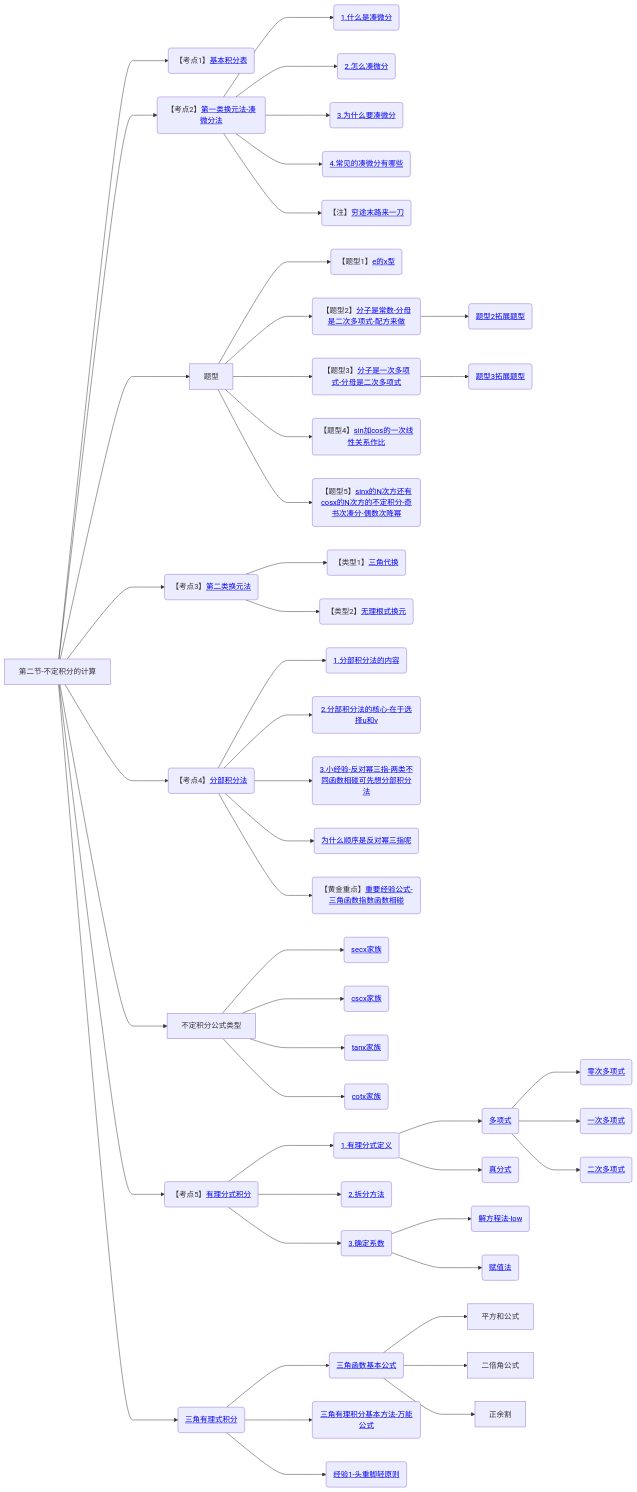
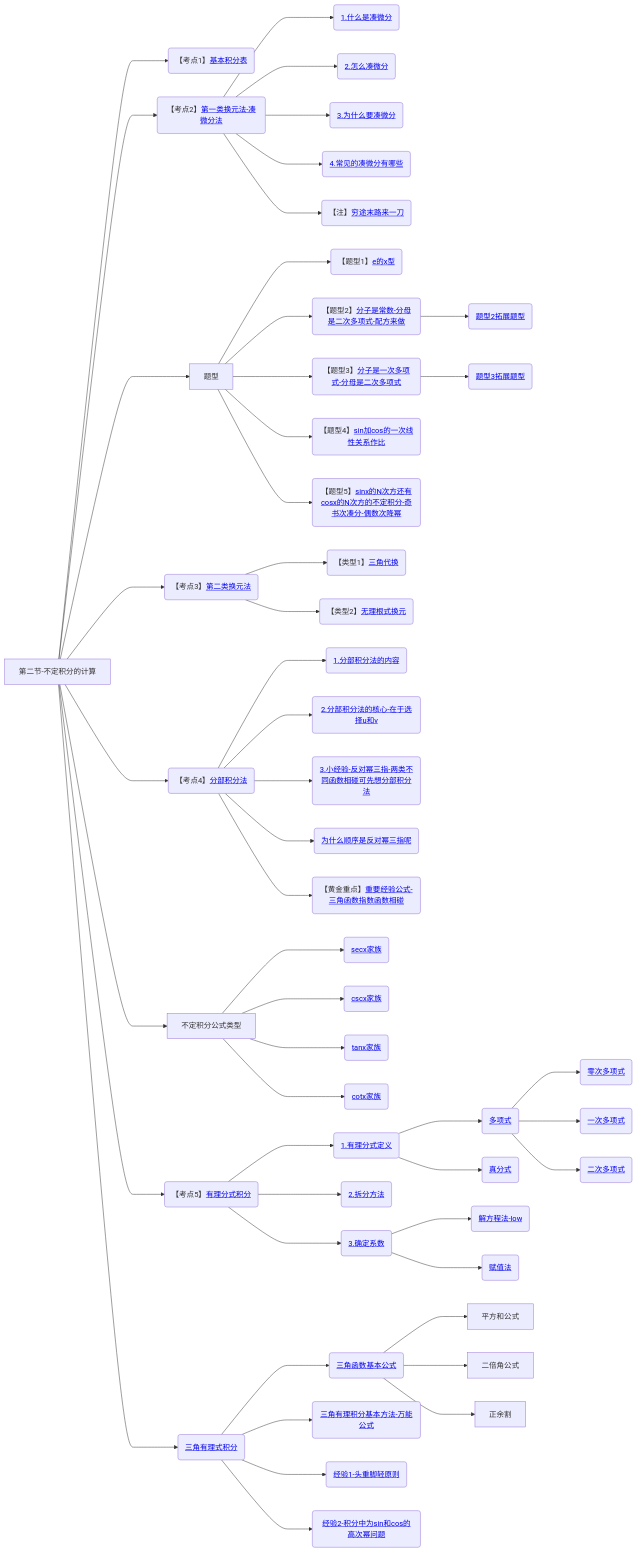
Before and after one commit to yuebinghui/note: diagram 18 of 18 in 笔记/数学/周洋鑫/01.基础班思维导图.md, drawn with Mermaid. The commit also changed 8 other files, not shown here.

````diff
--- a/笔记/数学/周洋鑫/01.基础班思维导图.md
+++ b/笔记/数学/周洋鑫/01.基础班思维导图.md
@@ -625,59 +625,60 @@
 ```mermaid
 graph LR
 第二节-不定积分的计算
 
 第二节-不定积分的计算--->基本积分表(【考点1】<a href="/Users/yuebinghui/Documents/program/github/note/笔记/数学/周洋鑫/基础班/18.不定积分_1.md#基本积分表">基本积分表</>)
 
 第二节-不定积分的计算--->第一类换元法-凑微分法(【考点2】<a href="/Users/yuebinghui/Documents/program/github/note/笔记/数学/周洋鑫/基础班/18.不定积分_1.md#第一类换元法-凑微分法">第一类换元法-凑微分法</>)
 第一类换元法-凑微分法--->1.什么是凑微分(<a href="/Users/yuebinghui/Documents/program/github/note/笔记/数学/周洋鑫/基础班/18.不定积分_1.md#1.什么是凑微分">1.什么是凑微分</>)
 第一类换元法-凑微分法--->2.怎么凑微分(<a href="/Users/yuebinghui/Documents/program/github/note/笔记/数学/周洋鑫/基础班/18.不定积分_1.md#2.怎么凑微分">2.怎么凑微分</>)
 第一类换元法-凑微分法--->3.为什么要凑微分(<a href="/Users/yuebinghui/Documents/program/github/note/笔记/数学/周洋鑫/基础班/18.不定积分_1.md#3.为什么要凑微分">3.为什么要凑微分</>)
 第一类换元法-凑微分法--->4.常见的凑微分有哪些(<a href="/Users/yuebinghui/Documents/program/github/note/笔记/数学/周洋鑫/基础班/18.不定积分_1.md#4.常见的凑微分有哪些">4.常见的凑微分有哪些</>)
 第一类换元法-凑微分法--->穷途末路来一刀(【注】<a href="/Users/yuebinghui/Documents/program/github/note/笔记/数学/周洋鑫/基础班/18.不定积分_1.md#穷途末路来一刀">穷途末路来一刀</>)
 
 第二节-不定积分的计算--->题型
 题型--->e的x型(【题型1】<a href="/Users/yuebinghui/Documents/program/github/note/笔记/数学/周洋鑫/基础班/18.不定积分_1.md#e的x型">e的x型</>)
 题型--->分子是常数-分母是二次多项式-配方来做(【题型2】<a href="/Users/yuebinghui/Documents/program/github/note/笔记/数学/周洋鑫/基础班/19.不定积分_2.md#分子是常数-分母是二次多项式-配方来做">分子是常数-分母是二次多项式-配方来做</>)
 分子是常数-分母是二次多项式-配方来做--->题型2拓展题型(<a href="/Users/yuebinghui/Documents/program/github/note/笔记/数学/周洋鑫/基础班/19.不定积分_2.md#题型2拓展题型">题型2拓展题型</>)
 题型--->分子是一次多项式-分母是二次多项式(【题型3】<a href="/Users/yuebinghui/Documents/program/github/note/笔记/数学/周洋鑫/基础班/19.不定积分_2.md#分子是一次多项式-分母是二次多项式">分子是一次多项式-分母是二次多项式</>)
 分子是一次多项式-分母是二次多项式--->题型3拓展题型(<a href="/Users/yuebinghui/Documents/program/github/note/笔记/数学/周洋鑫/基础班/19.不定积分_2.md#题型3拓展题型">题型3拓展题型</>)
 题型--->sin加cos的一次线性关系作比(【题型4】<a href="/Users/yuebinghui/Documents/program/github/note/笔记/数学/周洋鑫/基础班/19.不定积分_2.md#sin加cos的一次线性关系作比">sin加cos的一次线性关系作比</>)
 题型--->sinx的N次方还有cosx的N次方的不定积分-奇书次凑分-偶数次降幂(【题型5】<a href="/Users/yuebinghui/Documents/program/github/note/笔记/数学/周洋鑫/基础班/19.不定积分_2.md#sinx的N次方还有cosx的N次方的不定积分-奇书次凑分-偶数次降幂">sinx的N次方还有cosx的N次方的不定积分-奇书次凑分-偶数次降幂</>)
 
 第二节-不定积分的计算--->第二类换元法(【考点3】<a href="/Users/yuebinghui/Documents/program/github/note/笔记/数学/周洋鑫/基础班/19.不定积分_2.md#第二类换元法">第二类换元法</>)
 第二类换元法--->三角代换(【类型1】<a href="/Users/yuebinghui/Documents/program/github/note/笔记/数学/周洋鑫/基础班/19.不定积分_2.md#三角代换">三角代换</>)
 第二类换元法--->无理根式换元(【类型2】<a href="/Users/yuebinghui/Documents/program/github/note/笔记/数学/周洋鑫/基础班/19.不定积分_2.md#无理根式换元">无理根式换元</>)
 
 第二节-不定积分的计算--->分部积分法(【考点4】<a href="/Users/yuebinghui/Documents/program/github/note/笔记/数学/周洋鑫/基础班/19.不定积分_2.md#分部积分法">分部积分法</>)
 分部积分法--->1.分部积分法的内容(<a href="/Users/yuebinghui/Documents/program/github/note/笔记/数学/周洋鑫/基础班/19.不定积分_2.md#1.分部积分法的内容">1.分部积分法的内容</>)
 分部积分法--->2.分部积分法的核心-在于选择u和v(<a href="/Users/yuebinghui/Documents/program/github/note/笔记/数学/周洋鑫/基础班/19.不定积分_2.md#2.分部积分法的核心-在于选择u和v">2.分部积分法的核心-在于选择u和v</>)
 分部积分法--->3.小经验-反对幂三指-两类不同函数相碰可先想分部积分法(<a href="/Users/yuebinghui/Documents/program/github/note/笔记/数学/周洋鑫/基础班/19.不定积分_2.md#3.小经验-反对幂三指-两类不同函数相碰可先想分部积分法">3.小经验-反对幂三指-两类不同函数相碰可先想分部积分法</>)
 分部积分法--->为什么顺序是反对幂三指呢(<a href="/Users/yuebinghui/Documents/program/github/note/笔记/数学/周洋鑫/基础班/19.不定积分_2.md#为什么顺序是反对幂三指呢">为什么顺序是反对幂三指呢</>)
 分部积分法--->重要经验公式-三角函数指数函数相碰(【黄金重点】<a href="/Users/yuebinghui/Documents/program/github/note/笔记/数学/周洋鑫/基础班/19.不定积分_2.md#重要经验公式-三角函数指数函数相碰">重要经验公式-三角函数指数函数相碰</>)
 
 第二节-不定积分的计算--->不定积分公式类型
 不定积分公式类型--->secx家族(<a href="/Users/yuebinghui/Documents/program/github/note/笔记/数学/周洋鑫/基础班/20.不定积分_3.md#secx家族">secx家族</>)
 不定积分公式类型--->cscx家族(<a href="/Users/yuebinghui/Documents/program/github/note/笔记/数学/周洋鑫/基础班/20.不定积分_3.md#cscx家族">cscx家族</>)
 不定积分公式类型--->tanx家族(<a href="/Users/yuebinghui/Documents/program/github/note/笔记/数学/周洋鑫/基础班/20.不定积分_3.md#tanx家族">tanx家族</>)
 不定积分公式类型--->cotx家族(<a href="/Users/yuebinghui/Documents/program/github/note/笔记/数学/周洋鑫/基础班/20.不定积分_3.md#cotx家族">cotx家族</>)
 
 第二节-不定积分的计算--->有理分式积分(【考点5】<a href="/Users/yuebinghui/Documents/program/github/note/笔记/数学/周洋鑫/基础班/20.不定积分_3.md#有理分式积分">有理分式积分</>)
 有理分式积分--->1.有理分式定义(<a href="/Users/yuebinghui/Documents/program/github/note/笔记/数学/周洋鑫/基础班/20.不定积分_3.md#1.有理分式定义">1.有理分式定义</>)
 1.有理分式定义--->多项式(<a href="/Users/yuebinghui/Documents/program/github/note/笔记/数学/周洋鑫/基础班/20.不定积分_3.md#多项式">多项式</>)
 多项式--->零次多项式(<a href="/Users/yuebinghui/Documents/program/github/note/笔记/数学/周洋鑫/基础班/20.不定积分_3.md#零次多项式">零次多项式</>)
 多项式--->一次多项式(<a href="/Users/yuebinghui/Documents/program/github/note/笔记/数学/周洋鑫/基础班/20.不定积分_3.md#一次多项式">一次多项式</>)
 多项式--->二次多项式(<a href="/Users/yuebinghui/Documents/program/github/note/笔记/数学/周洋鑫/基础班/20.不定积分_3.md#二次多项式">二次多项式</>)
 1.有理分式定义--->真分式(<a href="/Users/yuebinghui/Documents/program/github/note/笔记/数学/周洋鑫/基础班/20.不定积分_3.md#真分式">真分式</>)
 有理分式积分--->2.拆分方法(<a href="/Users/yuebinghui/Documents/program/github/note/笔记/数学/周洋鑫/基础班/20.不定积分_3.md#2.拆分方法">2.拆分方法</>)
 有理分式积分--->3.确定系数(<a href="/Users/yuebinghui/Documents/program/github/note/笔记/数学/周洋鑫/基础班/20.不定积分_3.md#3.确定系数">3.确定系数</>)
 3.确定系数--->解方程法-low(<a href="/Users/yuebinghui/Documents/program/github/note/笔记/数学/周洋鑫/基础班/20.不定积分_3.md#解方程法-low">解方程法-low</>)
 3.确定系数--->赋值法(<a href="/Users/yuebinghui/Documents/program/github/note/笔记/数学/周洋鑫/基础班/20.不定积分_3.md#赋值法">赋值法</>)
 
 第二节-不定积分的计算--->三角有理式积分(<a href="/Users/yuebinghui/Documents/program/github/note/笔记/数学/周洋鑫/基础班/20.不定积分_3.md#三角有理式积分">三角有理式积分</>)
 三角有理式积分--->三角函数基本公式(<a href="/Users/yuebinghui/Documents/program/github/note/笔记/数学/周洋鑫/基础班/20.不定积分_3.md#三角函数基本公式">三角函数基本公式</>)
 三角函数基本公式--->平方和公式
 三角函数基本公式--->二倍角公式
 三角函数基本公式--->正余割
 三角有理式积分--->三角有理积分基本方法-万能公式(<a href="/Users/yuebinghui/Documents/program/github/note/笔记/数学/周洋鑫/基础班/20.不定积分_3.md#三角有理积分基本方法-万能公式">三角有理积分基本方法-万能公式</>)
 三角有理式积分--->经验1-头重脚轻原则(<a href="/Users/yuebinghui/Documents/program/github/note/笔记/数学/周洋鑫/基础班/20.不定积分_3.md#经验1-头重脚轻原则">经验1-头重脚轻原则</>)
+三角有理式积分--->经验2-积分中为sin和cos的高次幂问题(<a href="/Users/yuebinghui/Documents/program/github/note/笔记/数学/周洋鑫/基础班/20.不定积分_3.md#经验2-积分中为sin和cos的高次幂问题">经验2-积分中为sin和cos的高次幂问题</>)
 ```
````
